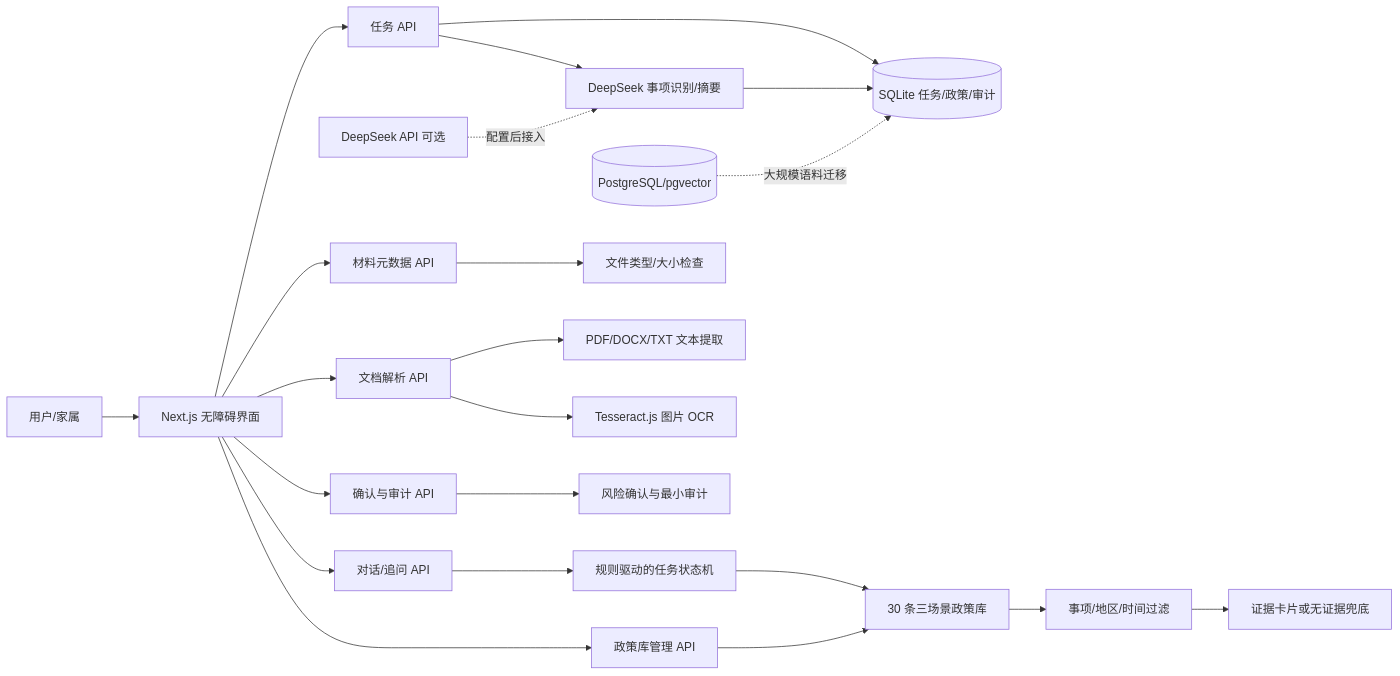
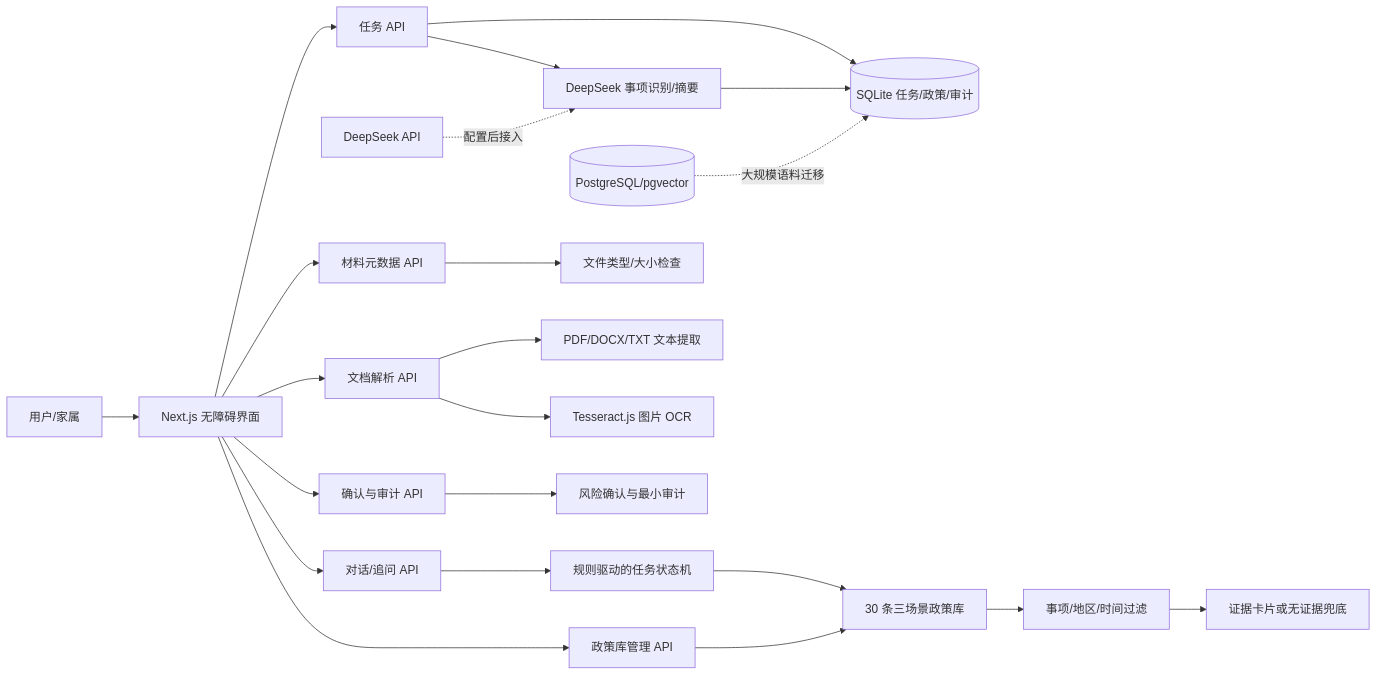
One commit to Git-985/Smart-AI changed the diagram in docs/final/architecture.md. Above: the diagram before and after it, drawn with Mermaid. The commit also changed other lines of this file and 19 other files, not shown here.

````diff
--- a/docs/final/architecture.md
+++ b/docs/final/architecture.md
@@ -3,27 +3,27 @@
 ```mermaid
 flowchart LR
   U[用户/家属] --> UI[Next.js 无障碍界面]
   UI --> T[任务 API]
   UI --> C[对话/追问 API]
   UI --> D[材料元数据 API]
   UI --> P[文档解析 API]
   UI --> A[确认与审计 API]
   UI --> K[政策库管理 API]
 
   T --> AI[DeepSeek 事项识别/摘要]
   T --> S[(SQLite 任务/政策/审计)]
   AI --> S
   C --> W[规则驱动的任务状态机]
   W --> R[30 条三场景政策库]
   R --> F[事项/地区/时间过滤]
   F --> E[证据卡片或无证据兜底]
 
   D --> M[文件类型/大小检查]
   P --> X[PDF/DOCX/TXT 文本提取]
   P --> O[Tesseract.js 图片 OCR]
   A --> H[风险确认与最小审计]
   K --> R
 
-  LLM[DeepSeek API 可选] -. 配置后接入 .-> AI
+  LLM[DeepSeek API] -. 配置后接入 .-> AI
   PG[(PostgreSQL/pgvector)] -. 大规模语料迁移 .-> S
 ```
````
